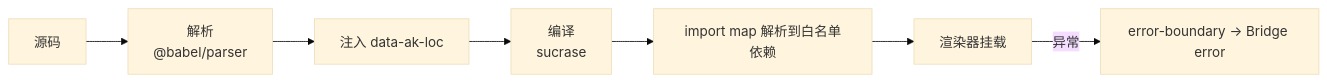
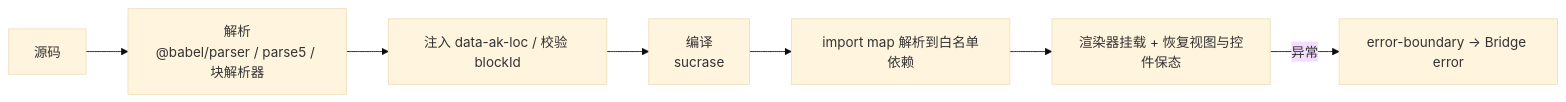
One commit to VOD-Studio/akasha-artifacts changed the fifth of 6 diagrams in docs/design/architecture.md. Above: the diagram before and after it, drawn with Mermaid (base theme). The commit also changed other lines of this file and 1 other file, not shown here.

````diff
--- a/docs/design/architecture.md
+++ b/docs/design/architecture.md
@@ -288,9 +328,9 @@
 ```mermaid
 flowchart LR
-    S["源码"] --> P["解析<br/>@babel/parser"]
-    P --> I["注入 data-ak-loc"]
+    S["源码"] --> P["解析<br/>@babel/parser / parse5 / 块解析器"]
+    P --> I["注入 data-ak-loc / 校验 blockId"]
     I --> C["编译<br/>sucrase"]
     C --> R["import map 解析到白名单依赖"]
-    R --> X["渲染器挂载"]
+    R --> X["渲染器挂载 + 恢复视图与控件保态"]
     X -->|异常| E["error-boundary → Bridge error"]
 ```
````
